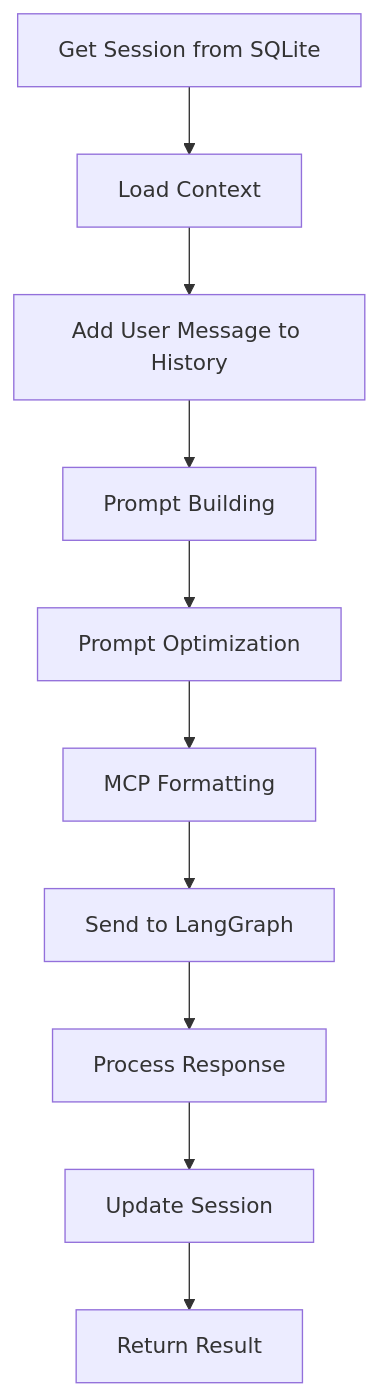
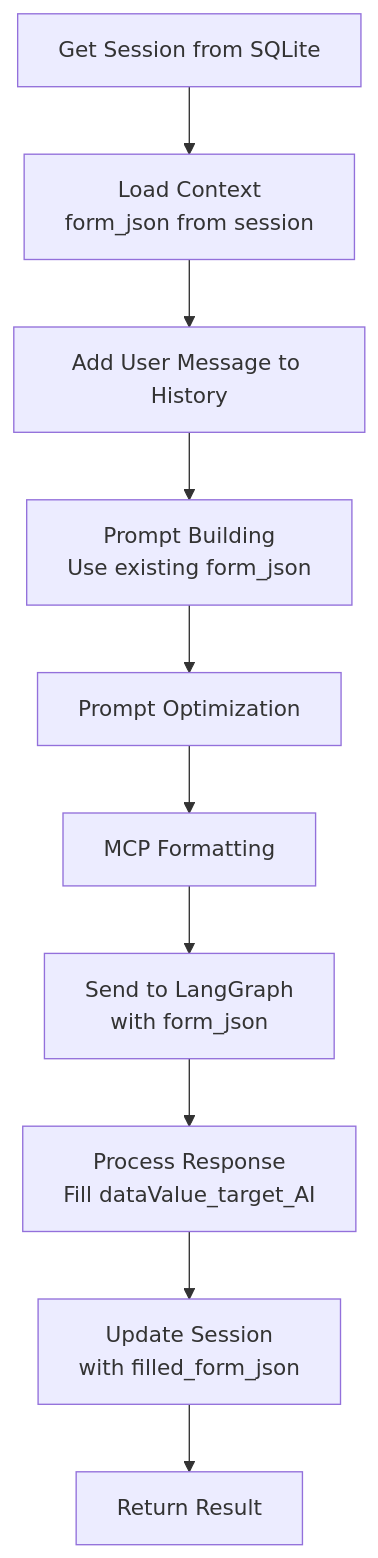
Diagram 11 of 14 in docs/PIPELINE_FLOW.md (Yasser1AITLAZIZ/sfd-clm), drawn with Mermaid before and after one commit. The commit also changed other lines of this file and 40 other files, not shown here.

Commit message:
new architecture setup

````diff
--- a/docs/PIPELINE_FLOW.md
+++ b/docs/PIPELINE_FLOW.md
@@ -279,12 +452,12 @@
 ```mermaid
 flowchart TD
-    A[Get Session from SQLite] --> B[Load Context]
+    A[Get Session from SQLite] --> B[Load Context<br/>form_json from session]
     B --> C[Add User Message to History]
-    C --> D[Prompt Building]
+    C --> D[Prompt Building<br/>Use existing form_json]
     D --> E[Prompt Optimization]
     E --> F[MCP Formatting]
-    F --> G[Send to LangGraph]
-    G --> H[Process Response]
-    H --> I[Update Session]
+    F --> G[Send to LangGraph<br/>with form_json]
+    G --> H[Process Response<br/>Fill dataValue_target_AI]
+    H --> I[Update Session<br/>with filled_form_json]
     I --> J[Return Result]
 ```
````
